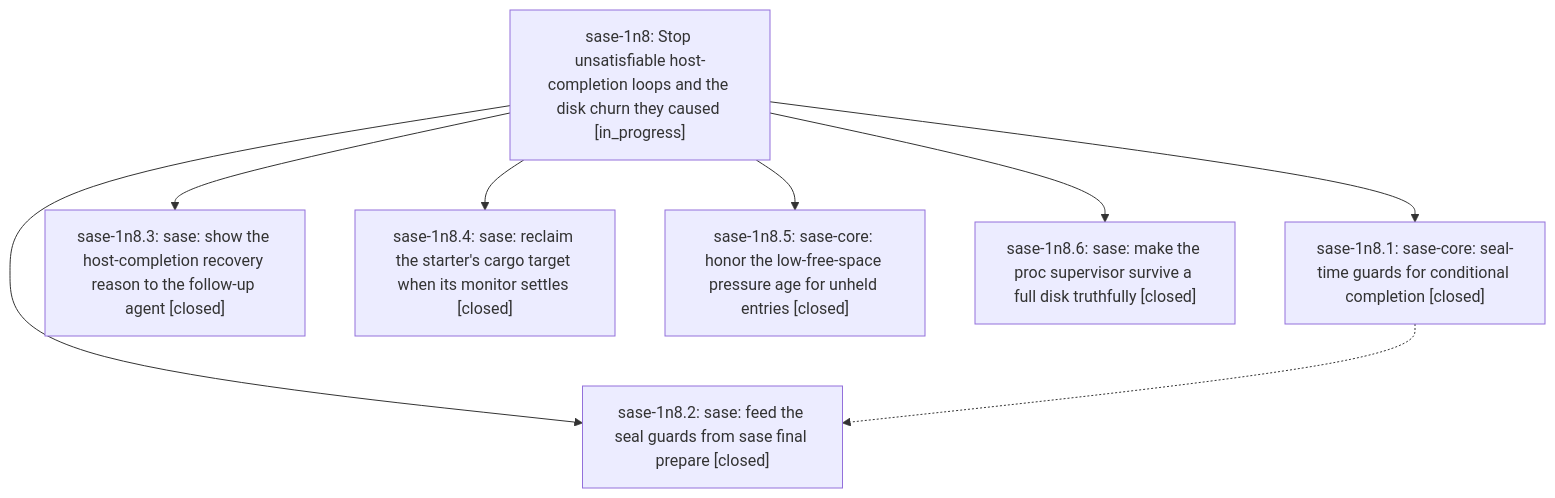
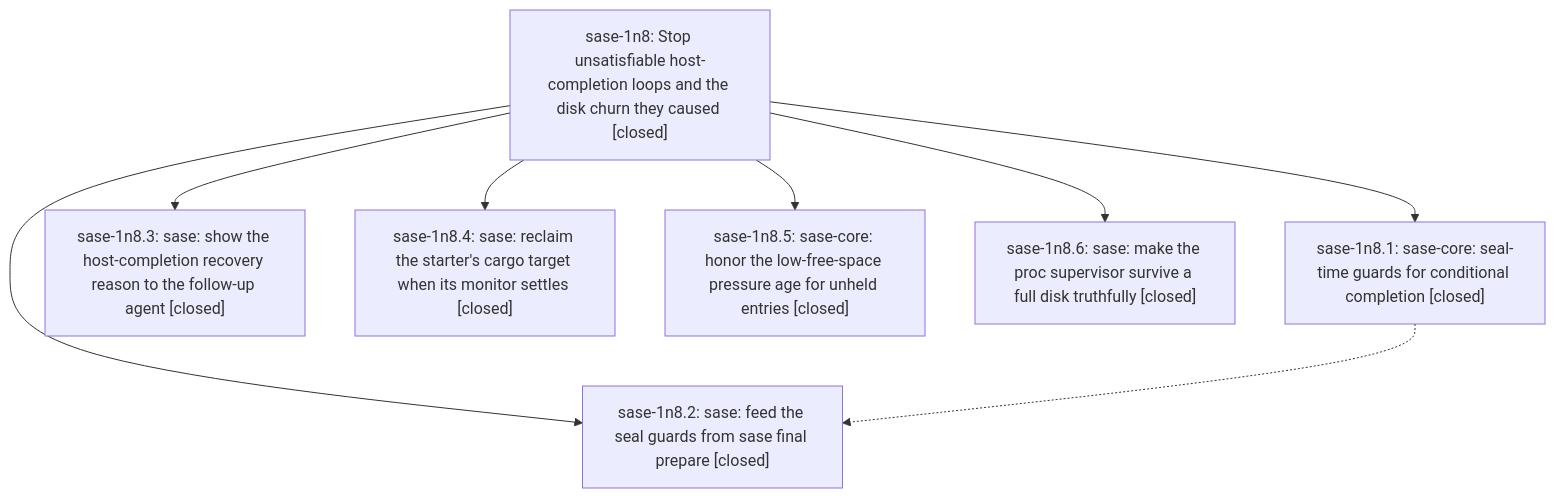
The diagram in pages/sase-1n8/README.md (sase-org/sase--beads), drawn with Mermaid before and after one commit. The commit also changed other lines of this file and 1 other file, not shown here.

First line of the commit message:
chore(beads): sync bead state and pages for sase-1n8

````diff
--- a/pages/sase-1n8/README.md
+++ b/pages/sase-1n8/README.md
@@ -39,17 +56,17 @@
 ```mermaid
 flowchart TD
-    n0["sase-1n8: Stop unsatisfiable host-completion loops and the disk churn they caused [in_progress]"]
+    n0["sase-1n8: Stop unsatisfiable host-completion loops and the disk churn they caused [closed]"]
     n1["sase-1n8.1: sase-core: seal-time guards for conditional completion [closed]"]
     n2["sase-1n8.2: sase: feed the seal guards from sase final prepare [closed]"]
     n3["sase-1n8.3: sase: show the host-completion recovery reason to the follow-up agent [closed]"]
     n4["sase-1n8.4: sase: reclaim the starter's cargo target when its monitor settles [closed]"]
     n5["sase-1n8.5: sase-core: honor the low-free-space pressure age for unheld entries [closed]"]
     n6["sase-1n8.6: sase: make the proc supervisor survive a full disk truthfully [closed]"]
     n0 --> n1
     n0 --> n2
     n0 --> n3
     n0 --> n4
     n0 --> n5
     n0 --> n6
     n1 -.-> n2
 ```
````
